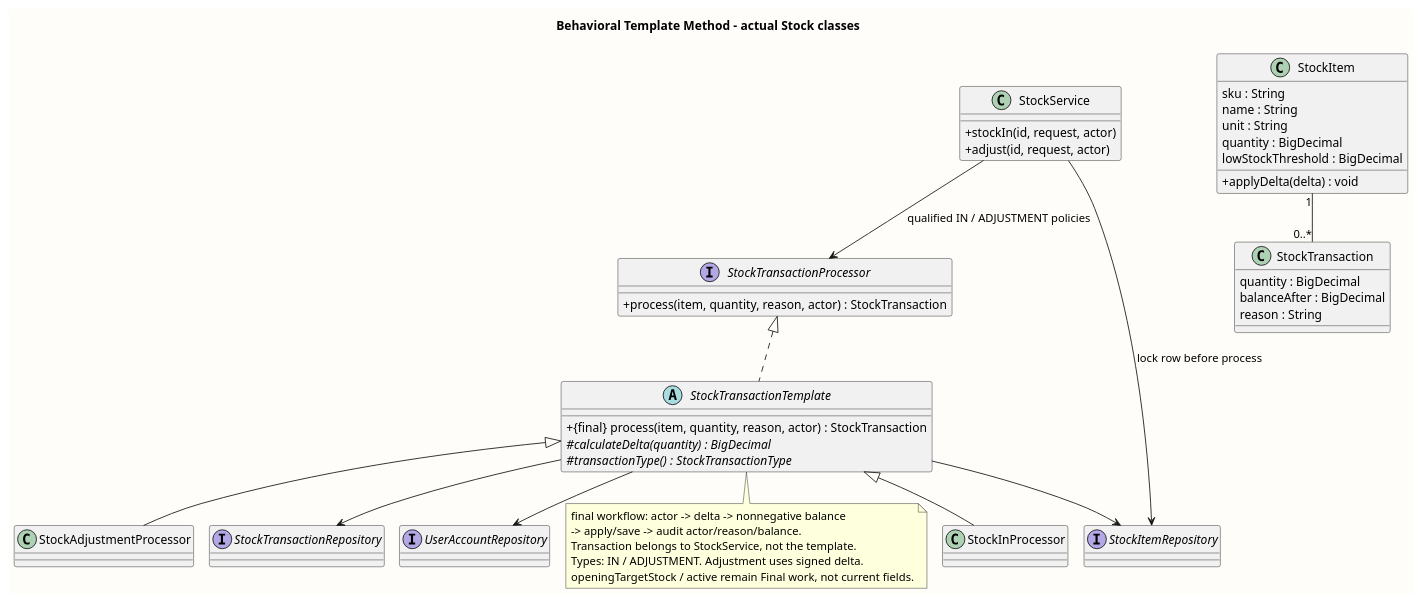
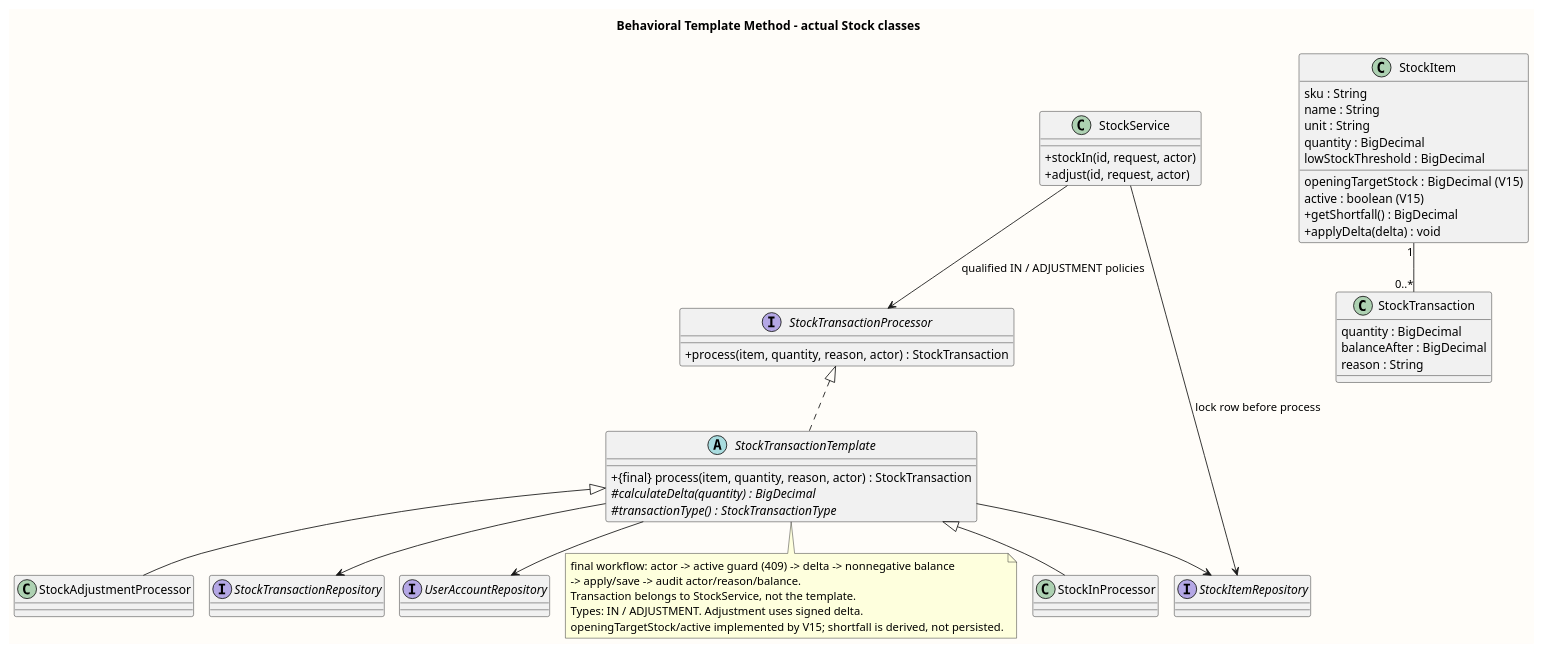
Before and after one commit to PavaritPramual/buffet-restaurant-management-system: the diagram in doc/diagrams/class-stock-template.puml, drawn with PlantUML. The commit also changed 44 other files, not shown here.

First line of the commit message:
feat: Add stock activation and user profile fields

```diff
--- a/doc/diagrams/class-stock-template.puml
+++ b/doc/diagrams/class-stock-template.puml
@@ -1,54 +1,57 @@
 @startuml
 !pragma layout smetana
 skinparam shadowing false
 skinparam classAttributeIconSize 0
 skinparam backgroundColor #FFFDF9
 skinparam defaultFontName Tahoma
 title Behavioral Template Method - actual Stock classes
 abstract class StockTransactionTemplate {
  +{final} process(item, quantity, reason, actor) : StockTransaction
  #{abstract} calculateDelta(quantity) : BigDecimal
  #{abstract} transactionType() : StockTransactionType
 }
 interface StockTransactionProcessor {
  +process(item, quantity, reason, actor) : StockTransaction
 }
 class StockInProcessor
 class StockAdjustmentProcessor
 class StockService {
  +stockIn(id, request, actor)
  +adjust(id, request, actor)
 }
 class StockItem {
  sku : String
  name : String
  unit : String
  quantity : BigDecimal
  lowStockThreshold : BigDecimal
+ openingTargetStock : BigDecimal (V15)
+ active : boolean (V15)
+ +getShortfall() : BigDecimal
  +applyDelta(delta) : void
 }
 class StockTransaction {
  quantity : BigDecimal
  balanceAfter : BigDecimal
  reason : String
 }
 interface StockItemRepository
 interface StockTransactionRepository
 interface UserAccountRepository
 StockTransactionTemplate <|-- StockInProcessor
 StockTransactionTemplate <|-- StockAdjustmentProcessor
 StockTransactionProcessor <|.. StockTransactionTemplate
 StockService --> StockTransactionProcessor : qualified IN / ADJUSTMENT policies
 StockService --> StockItemRepository : lock row before process
 StockTransactionTemplate --> StockItemRepository
 StockTransactionTemplate --> StockTransactionRepository
 StockTransactionTemplate --> UserAccountRepository
 StockItem "1" -- "0..*" StockTransaction
 note bottom of StockTransactionTemplate
- final workflow: actor -> delta -> nonnegative balance
+ final workflow: actor -> active guard (409) -> delta -> nonnegative balance
  -> apply/save -> audit actor/reason/balance.
  Transaction belongs to StockService, not the template.
  Types: IN / ADJUSTMENT. Adjustment uses signed delta.
- openingTargetStock / active remain Final work, not current fields.
+ openingTargetStock/active implemented by V15; shortfall is derived, not persisted.
 end note
 @enduml
```
